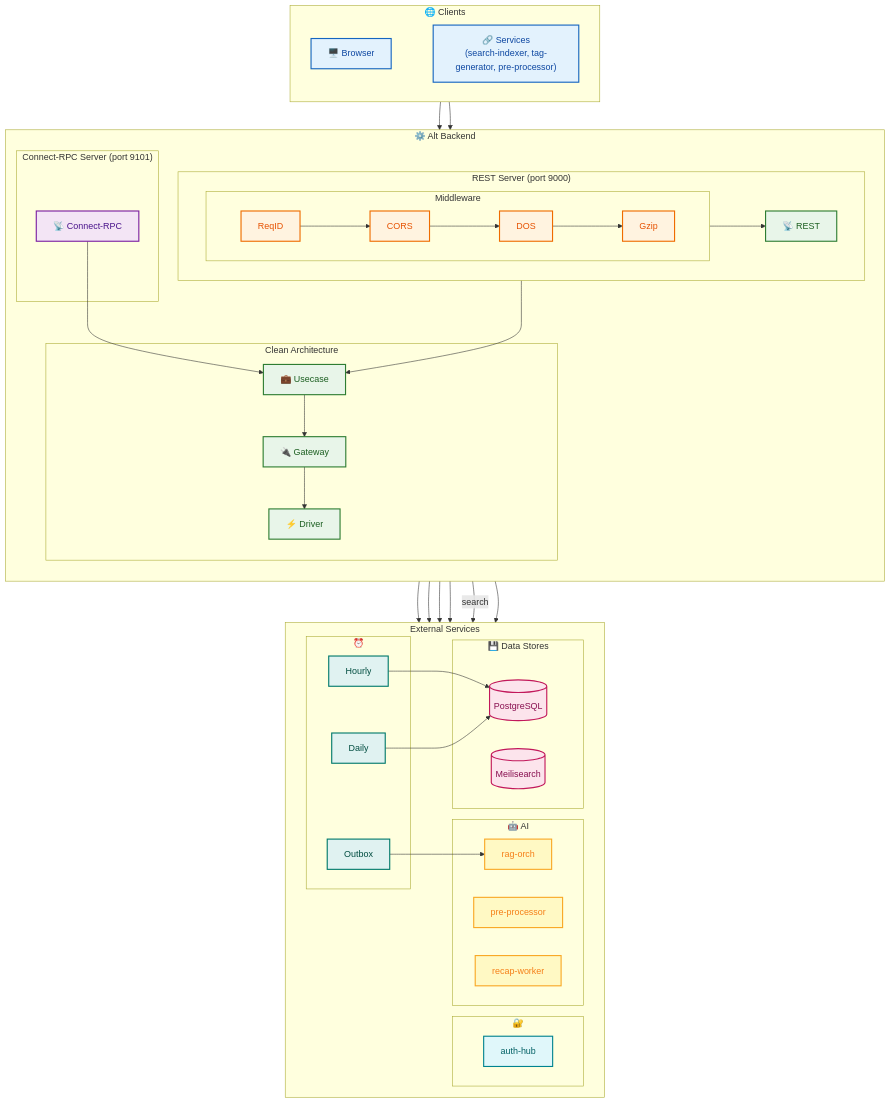
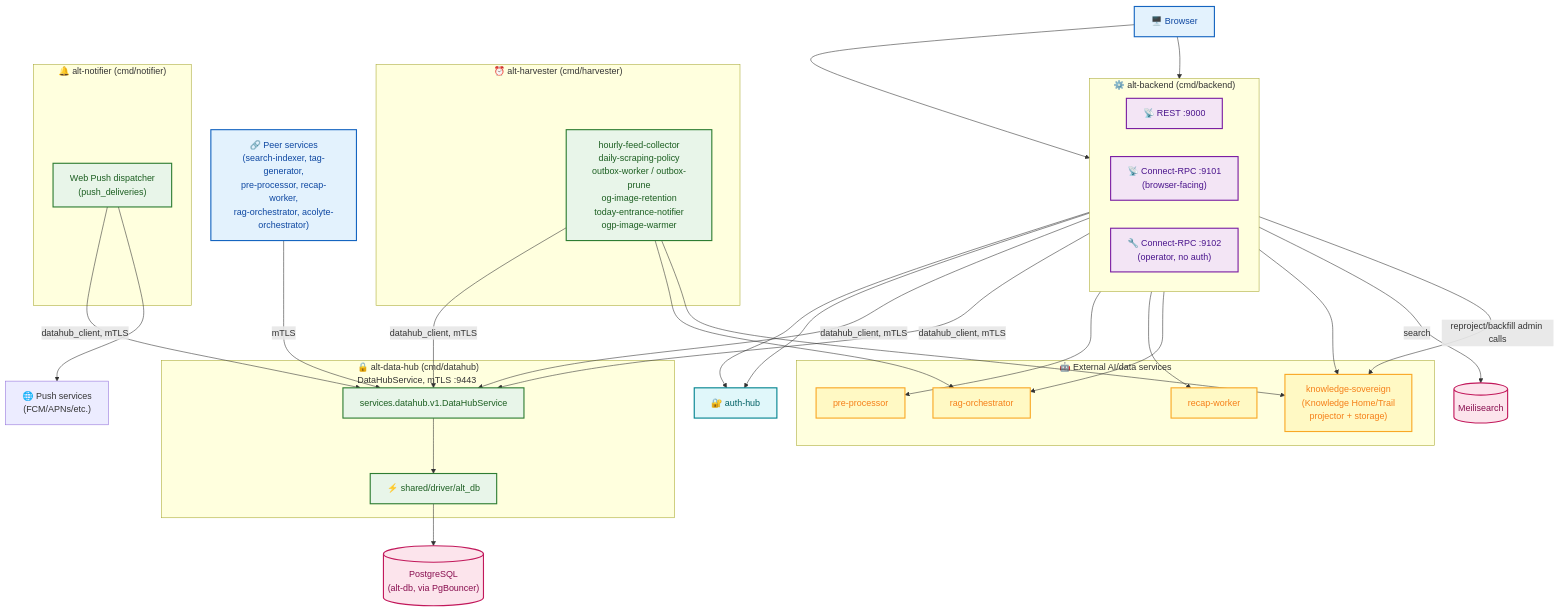
Before and after one commit to Kaikei-e/Alt: the diagram in docs/services/alt-backend.md, drawn with Mermaid. The commit also changed other lines of this file and 76 other files, not shown here.

````diff
--- a/docs/services/alt-backend.md
+++ b/docs/services/alt-backend.md
@@ -316,81 +272,80 @@
 ```mermaid
 flowchart TB
-    subgraph Clients ["🌐 Clients"]
+    Browser["🖥️ Browser"]
+    Services["🔗 Peer services\n(search-indexer, tag-generator,\npre-processor, recap-worker,\nrag-orchestrator, acolyte-orchestrator)"]
+
+    subgraph AB ["⚙️ alt-backend (cmd/backend)"]
         direction LR
-        Browser["🖥️ Browser"] ~~~ Services["🔗 Services\n(search-indexer, tag-generator, pre-processor)"]
+        REST["📡 REST :9000"]
+        CRPC["📡 Connect-RPC :9101\n(browser-facing)"]
+        OP["🔧 Connect-RPC :9102\n(operator, no auth)"]
     end
 
-    subgraph Backend ["⚙️ Alt Backend"]
-        direction TB
-        subgraph REST_Server ["REST Server (port 9000)"]
-            direction LR
-            subgraph MW ["Middleware"]
-                M1["ReqID"] --> M2["CORS"] --> M3["DOS"] --> M4["Gzip"]
-            end
-            REST["📡 REST"]
-        end
-
-        subgraph Connect_Server ["Connect-RPC Server (port 9101)"]
-            CRPC["📡 Connect-RPC"]
-        end
-
-        subgraph CA ["Clean Architecture"]
-            UC["💼 Usecase"] --> GW["🔌 Gateway"] --> DR["⚡ Driver"]
-        end
+    subgraph AH2 ["⏰ alt-harvester (cmd/harvester)"]
+        JOBS["hourly-feed-collector\ndaily-scraping-policy\noutbox-worker / outbox-prune\nog-image-retention\ntoday-entrance-notifier\nogp-image-warmer"]
     end
 
-    subgraph Services_Row ["External Services"]
-        direction LR
-        subgraph Data ["💾 Data Stores"]
-            PG[("PostgreSQL")]
-            MS[("Meilisearch")]
-        end
-
-        subgraph AI ["🤖 AI"]
-            PP["pre-processor"]
-            RW["recap-worker"]
-            RAG["rag-orch"]
-        end
-
-        subgraph Auth ["🔐"]
-            AH["auth-hub"]
-        end
-
-        subgraph Jobs ["⏰"]
-            HJ["Hourly"]
-            DJ["Daily"]
-            OW["Outbox"]
-        end
+    subgraph AN ["🔔 alt-notifier (cmd/notifier)"]
+        NOTIFY["Web Push dispatcher\n(push_deliveries)"]
     end
 
-    %% Connections
-    Browser --> MW --> REST
-    Services --> CRPC
-    REST --> UC
-    CRPC --> UC
-    DR --> PG
-    GW --> PP & RW & RAG
-    GW -->|search| MS
-    REST --> AH
-    HJ & DJ --> PG
-    OW --> RAG
+    subgraph ADH ["🔒 alt-data-hub (cmd/datahub)\nDataHubService, mTLS :9443"]
+        DHAPI["services.datahub.v1.DataHubService"]
+        DR["⚡ shared/driver/alt_db"]
+    end
+
+    PG[("PostgreSQL\n(alt-db, via PgBouncer)")]
+    MS[("Meilisearch")]
+    PushSvc["🌐 Push services\n(FCM/APNs/etc.)"]
+
+    subgraph AI ["🤖 External AI/data services"]
+        PP["pre-processor"]
+        RW["recap-worker"]
+        RAG["rag-orchestrator"]
+        SOV["knowledge-sovereign\n(Knowledge Home/Trail\nprojector + storage)"]
+    end
+
+    AHUB["🔐 auth-hub"]
+
+    %% Client entry points
+    Browser --> REST
+    Browser --> CRPC
+    Services -->|mTLS| DHAPI
+
+    %% alt-backend outbound
+    REST --> AHUB
+    CRPC --> AHUB
+    REST -->|datahub_client, mTLS| DHAPI
+    CRPC -->|datahub_client, mTLS| DHAPI
+    CRPC --> PP & RW & RAG & SOV
+    REST -->|search| MS
+    OP -->|reproject/backfill admin calls| SOV
+
+    %% alt-harvester outbound
+    JOBS -->|datahub_client, mTLS| DHAPI
+    JOBS --> RAG
+    JOBS --> SOV
+
+    %% alt-notifier outbound
+    NOTIFY -->|datahub_client, mTLS| DHAPI
+    NOTIFY --> PushSvc
+
+    %% alt-data-hub outbound (the only DB path)
+    DHAPI --> DR --> PG
 
     %% Styling
     classDef client fill:#e3f2fd,stroke:#1565c0,stroke-width:2px,color:#0d47a1
-    classDef mw fill:#fff3e0,stroke:#ef6c00,stroke-width:2px,color:#e65100
     classDef ca fill:#e8f5e9,stroke:#2e7d32,stroke-width:2px,color:#1b5e20
     classDef data fill:#fce4ec,stroke:#c2185b,stroke-width:2px,color:#880e4f
     classDef ai fill:#fff9c4,stroke:#f9a825,stroke-width:2px,color:#f57f17
     classDef auth fill:#e0f7fa,stroke:#00838f,stroke-width:2px,color:#006064
     classDef job fill:#e0f2f1,stroke:#00796b,stroke-width:2px,color:#004d40
     classDef connect fill:#f3e5f5,stroke:#7b1fa2,stroke-width:2px,color:#4a148c
 
     class Browser,Services client
-    class M1,M2,M3,M4 mw
-    class REST,UC,GW,DR ca
+    class REST,CRPC,OP connect
+    class DHAPI,DR,JOBS,NOTIFY ca
     class PG,MS data
-    class PP,RW,RAG ai
-    class AH auth
-    class HJ,DJ,OW job
-    class CRPC connect
+    class PP,RW,RAG,SOV ai
+    class AHUB auth
 ```
````
